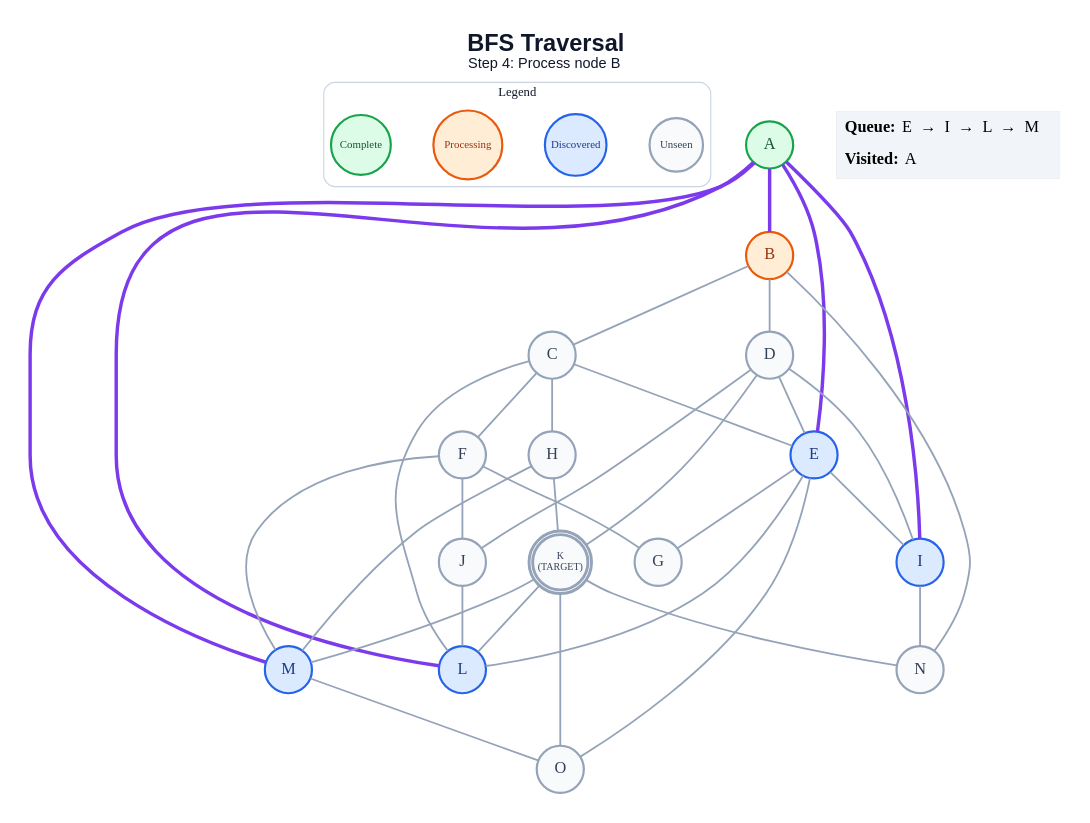
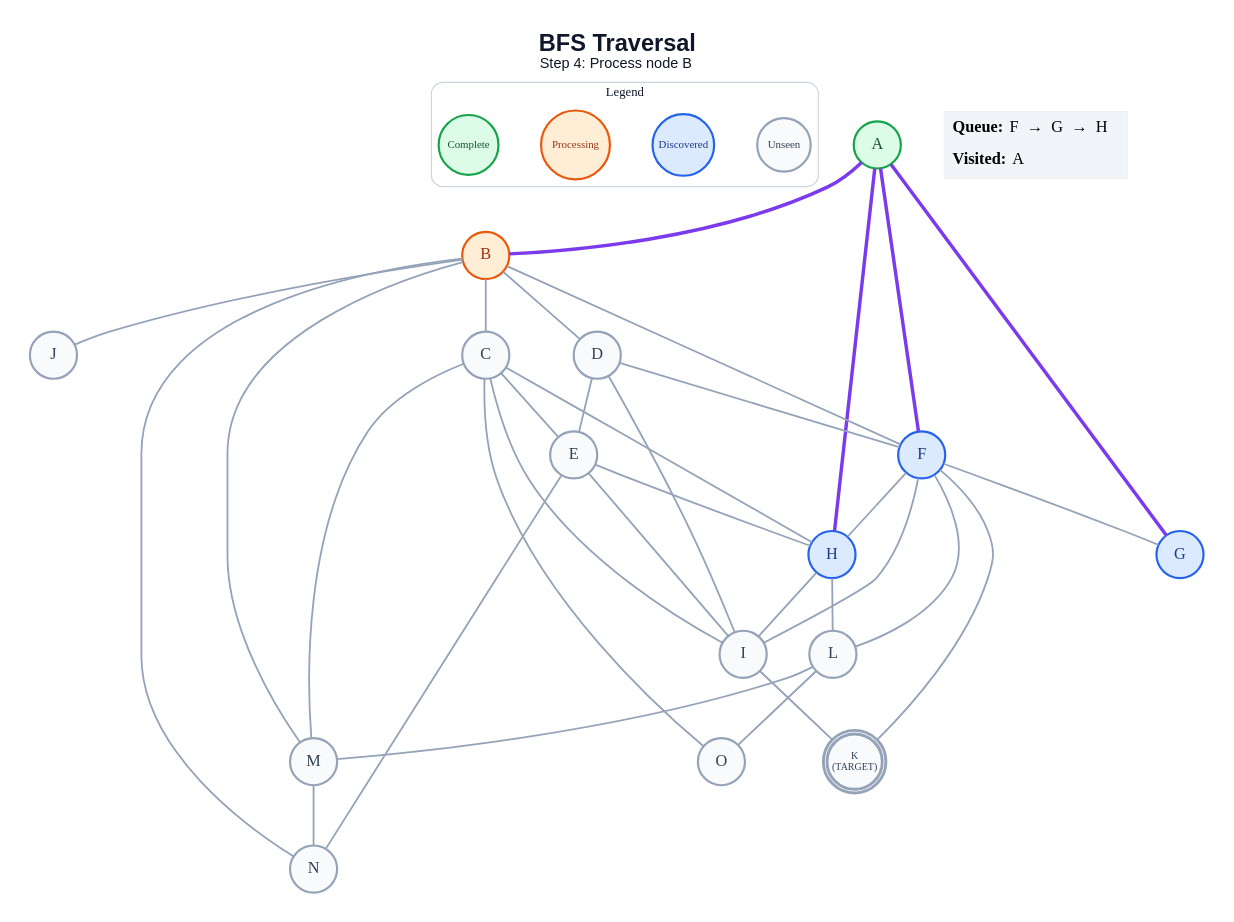
Before and after one commit to anon7238593-create/ai-slop: the diagram in generated/short-circuit/bfs/step_04.dot, drawn with Graphviz. The commit also changed 257 other files, not shown here.

```diff
--- a/generated/short-circuit/bfs/step_04.dot
+++ b/generated/short-circuit/bfs/step_04.dot
@@ -1,66 +1,66 @@
 graph traversal {
   graph [layout=dot, rankdir=TB, bgcolor="#FFFFFF", pad="0.35", nodesep="0.65", ranksep="0.8", fontname="Arial"];
   node [shape=circle, style="filled", fontname="Arial Bold", fontsize=18, width=0.72, fixedsize=true, penwidth=2.4];
   edge [color="#94A3B8", penwidth=2.0];
   label=<<B>BFS Traversal</B><BR/><FONT POINT-SIZE="16">Step 4: Process node B</FONT>>; labelloc="t"; fontsize=26; fontname="Arial"; fontcolor="#0F172A";
   subgraph cluster_legend { label="Legend"; color="#CBD5E1"; penwidth=1.2; style="rounded"; fontsize=14; fontname="Arial Bold";
     key_unseen [label="Unseen", fillcolor="#F8FAFC", color="#94A3B8", fontcolor="#334155", fontsize=12, width=0.82];
     key_frontier [label="Discovered", fillcolor="#DBEAFE", color="#2563EB", fontcolor="#1E3A8A", fontsize=12, width=0.95];
     key_current [label="Processing", fillcolor="#FFEDD5", color="#EA580C", fontcolor="#9A3412", fontsize=12, width=1.05];
     key_done [label="Complete", fillcolor="#DCFCE7", color="#16A34A", fontcolor="#14532D", fontsize=12, width=0.92];
     { rank=same; key_unseen; key_frontier; key_current; key_done; }
   }
   A [label="A", fillcolor="#DCFCE7", color="#16A34A", fontcolor="#14532D", peripheries=1, penwidth=2.4];
   B [label="B", fillcolor="#FFEDD5", color="#EA580C", fontcolor="#9A3412", peripheries=1, penwidth=2.4];
   C [label="C", fillcolor="#F8FAFC", color="#94A3B8", fontcolor="#334155", peripheries=1, penwidth=2.4];
   D [label="D", fillcolor="#F8FAFC", color="#94A3B8", fontcolor="#334155", peripheries=1, penwidth=2.4];
-  E [label="E", fillcolor="#DBEAFE", color="#2563EB", fontcolor="#1E3A8A", peripheries=1, penwidth=2.4];
-  F [label="F", fillcolor="#F8FAFC", color="#94A3B8", fontcolor="#334155", peripheries=1, penwidth=2.4];
-  G [label="G", fillcolor="#F8FAFC", color="#94A3B8", fontcolor="#334155", peripheries=1, penwidth=2.4];
-  H [label="H", fillcolor="#F8FAFC", color="#94A3B8", fontcolor="#334155", peripheries=1, penwidth=2.4];
-  I [label="I", fillcolor="#DBEAFE", color="#2563EB", fontcolor="#1E3A8A", peripheries=1, penwidth=2.4];
+  E [label="E", fillcolor="#F8FAFC", color="#94A3B8", fontcolor="#334155", peripheries=1, penwidth=2.4];
+  F [label="F", fillcolor="#DBEAFE", color="#2563EB", fontcolor="#1E3A8A", peripheries=1, penwidth=2.4];
+  G [label="G", fillcolor="#DBEAFE", color="#2563EB", fontcolor="#1E3A8A", peripheries=1, penwidth=2.4];
+  H [label="H", fillcolor="#DBEAFE", color="#2563EB", fontcolor="#1E3A8A", peripheries=1, penwidth=2.4];
+  I [label="I", fillcolor="#F8FAFC", color="#94A3B8", fontcolor="#334155", peripheries=1, penwidth=2.4];
   J [label="J", fillcolor="#F8FAFC", color="#94A3B8", fontcolor="#334155", peripheries=1, penwidth=2.4];
   K [label="K\n(TARGET)", fillcolor="#F8FAFC", color="#94A3B8", fontcolor="#334155", peripheries=2, penwidth=3.2, fontsize=11, width=0.85, height=0.85];
-  L [label="L", fillcolor="#DBEAFE", color="#2563EB", fontcolor="#1E3A8A", peripheries=1, penwidth=2.4];
-  M [label="M", fillcolor="#DBEAFE", color="#2563EB", fontcolor="#1E3A8A", peripheries=1, penwidth=2.4];
+  L [label="L", fillcolor="#F8FAFC", color="#94A3B8", fontcolor="#334155", peripheries=1, penwidth=2.4];
+  M [label="M", fillcolor="#F8FAFC", color="#94A3B8", fontcolor="#334155", peripheries=1, penwidth=2.4];
   N [label="N", fillcolor="#F8FAFC", color="#94A3B8", fontcolor="#334155", peripheries=1, penwidth=2.4];
   O [label="O", fillcolor="#F8FAFC", color="#94A3B8", fontcolor="#334155", peripheries=1, penwidth=2.4];
   A -- B [color="#7C3AED", penwidth=3.8];
-  A -- E [color="#7C3AED", penwidth=3.8];
-  A -- I [color="#7C3AED", penwidth=3.8];
-  A -- L [color="#7C3AED", penwidth=3.8];
-  A -- M [color="#7C3AED", penwidth=3.8];
+  A -- F [color="#7C3AED", penwidth=3.8];
+  A -- G [color="#7C3AED", penwidth=3.8];
+  A -- H [color="#7C3AED", penwidth=3.8];
   B -- C;
   B -- D;
+  B -- F;
+  B -- J;
+  B -- M;
   B -- N;
   C -- E;
-  C -- F;
   C -- H;
-  C -- L;
+  C -- I;
+  C -- M;
+  C -- O;
   D -- E;
+  D -- F;
   D -- I;
-  D -- J;
-  D -- K;
-  E -- G;
+  E -- H;
   E -- I;
-  E -- L;
-  E -- O;
+  E -- N;
   F -- G;
-  F -- J;
-  F -- M;
-  H -- K;
-  H -- M;
-  I -- N;
-  J -- L;
-  K -- L;
-  K -- M;
-  K -- N;
-  K -- O;
-  M -- O;
+  F -- H;
+  F -- I;
+  F -- K;
+  F -- L;
+  H -- I;
+  H -- L;
+  I -- K;
+  L -- M;
+  L -- O;
+  M -- N;
   status [shape=plain, fixedsize=false, width=0, height=0, margin=0, label=<
     <TABLE BORDER="0" CELLBORDER="0" CELLPADDING="7" BGCOLOR="#F1F5F9">
-      <TR><TD ALIGN="LEFT"><B>Queue:</B> E  →  I  →  L  →  M</TD></TR>
+      <TR><TD ALIGN="LEFT"><B>Queue:</B> F  →  G  →  H</TD></TR>
       <TR><TD ALIGN="LEFT"><B>Visited:</B> A</TD></TR>
     </TABLE>
   >];
 }
```
